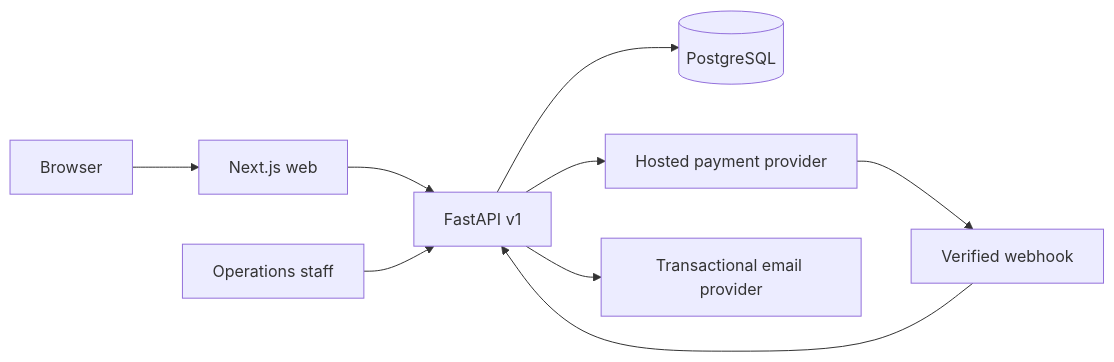
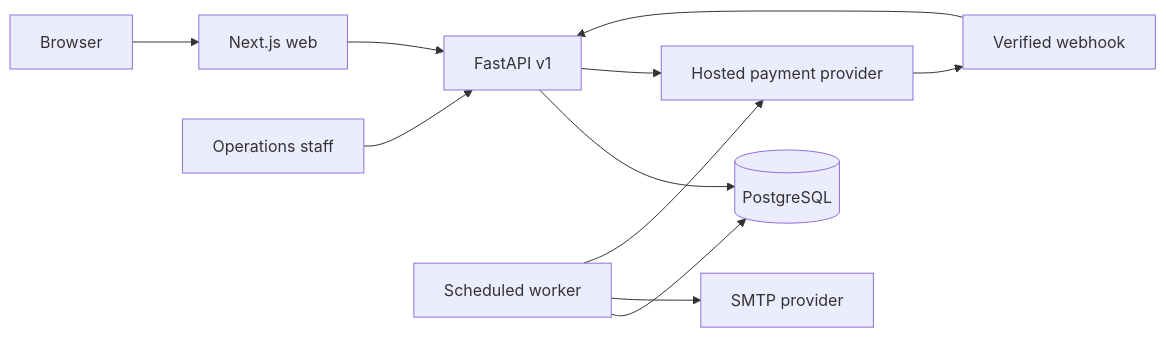
The diagram in docs/architecture.md (its-arnavtech/Tri-Realm-Eco-Apothecary), drawn with Mermaid before and after one commit. The commit also changed other lines of this file and 53 other files, not shown here.

````diff
--- a/docs/architecture.md
+++ b/docs/architecture.md
@@ -20,11 +24,13 @@
 ```mermaid
 flowchart LR
   browser[Browser] --> web[Next.js web]
   web --> api[FastAPI v1]
   api --> db[(PostgreSQL)]
   api --> payments[Hosted payment provider]
   payments --> webhook[Verified webhook]
   webhook --> api
-  api --> mail[Transactional email provider]
+  worker[Scheduled worker] --> db
+  worker --> mail[SMTP provider]
+  worker --> payments
   admin[Operations staff] --> api
 ```
````
